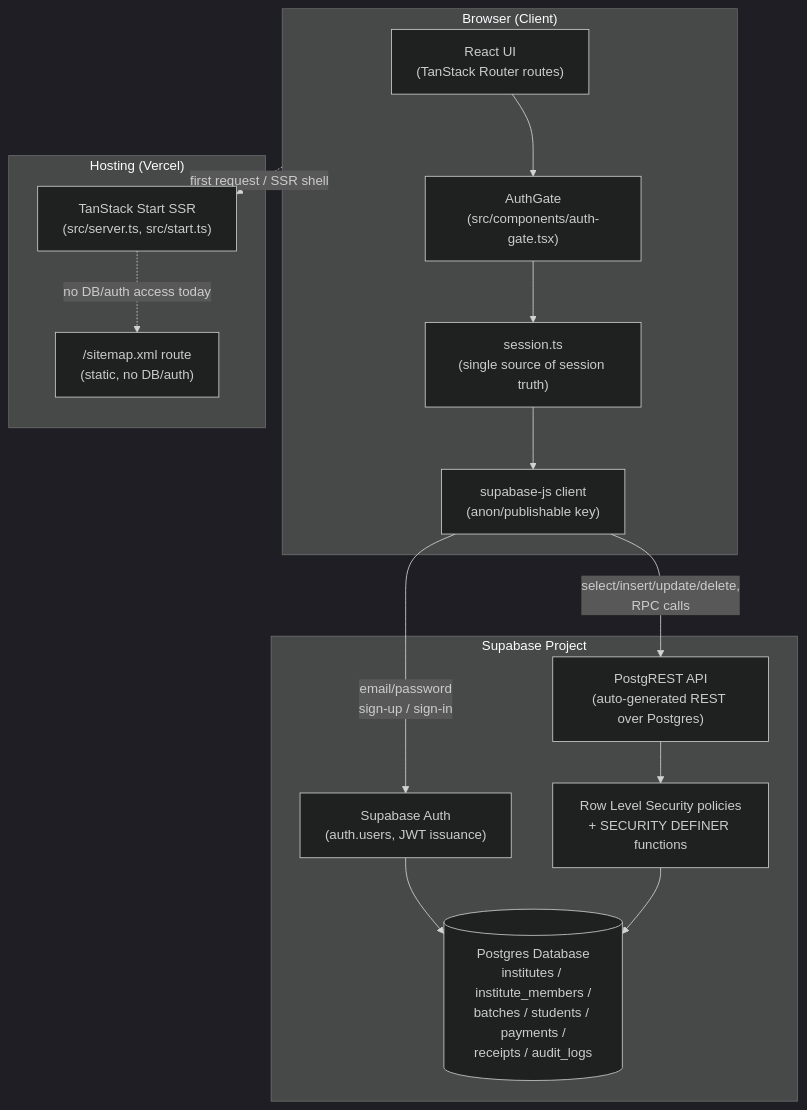
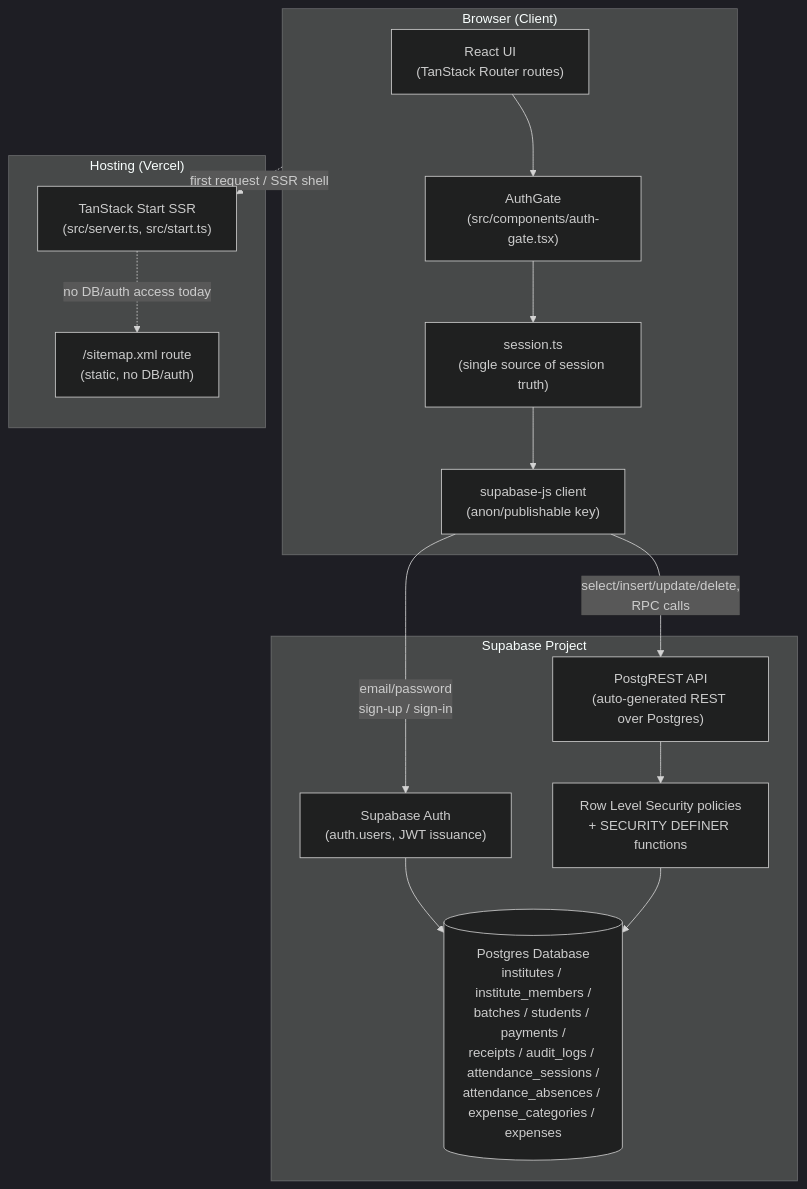
The diagram in docs/backend-architecture.md (rajs2151/smart-tuition-cloud), drawn with Mermaid (dark theme) before and after one commit. The commit also changed other lines of this file and 5 other files, not shown here.

First line of the commit message:
docs: update handover documentation for Attendance + Expenses systems

````diff
--- a/docs/backend-architecture.md
+++ b/docs/backend-architecture.md
@@ -329,29 +374,29 @@
 ```mermaid
 flowchart TB
     subgraph Browser["Browser (Client)"]
         UI["React UI\n(TanStack Router routes)"]
         AuthGate["AuthGate\n(src/components/auth-gate.tsx)"]
         Session["session.ts\n(single source of session truth)"]
         SBClient["supabase-js client\n(anon/publishable key)"]
     end
 
     subgraph Vercel["Hosting (Vercel)"]
         SSR["TanStack Start SSR\n(src/server.ts, src/start.ts)"]
         Sitemap["/sitemap.xml route\n(static, no DB/auth)"]
     end
 
     subgraph Supabase["Supabase Project"]
         GoTrue["Supabase Auth\n(auth.users, JWT issuance)"]
         PostgREST["PostgREST API\n(auto-generated REST over Postgres)"]
-        DB[("Postgres Database\ninstitutes / institute_members /\nbatches / students / payments /\nreceipts / audit_logs")]
+        DB[("Postgres Database\ninstitutes / institute_members /\nbatches / students / payments /\nreceipts / audit_logs / attendance_sessions /\nattendance_absences / expense_categories / expenses")]
         RLS["Row Level Security policies\n+ SECURITY DEFINER functions"]
     end
 
     UI --> AuthGate --> Session --> SBClient
     SBClient -- "email/password\nsign-up / sign-in" --> GoTrue
     SBClient -- "select/insert/update/delete,\nRPC calls" --> PostgREST
     GoTrue --> DB
     PostgREST --> RLS --> DB
     Browser -. "first request / SSR shell" .-> SSR
     SSR -. "no DB/auth access today" .-> Sitemap
 ```
````
